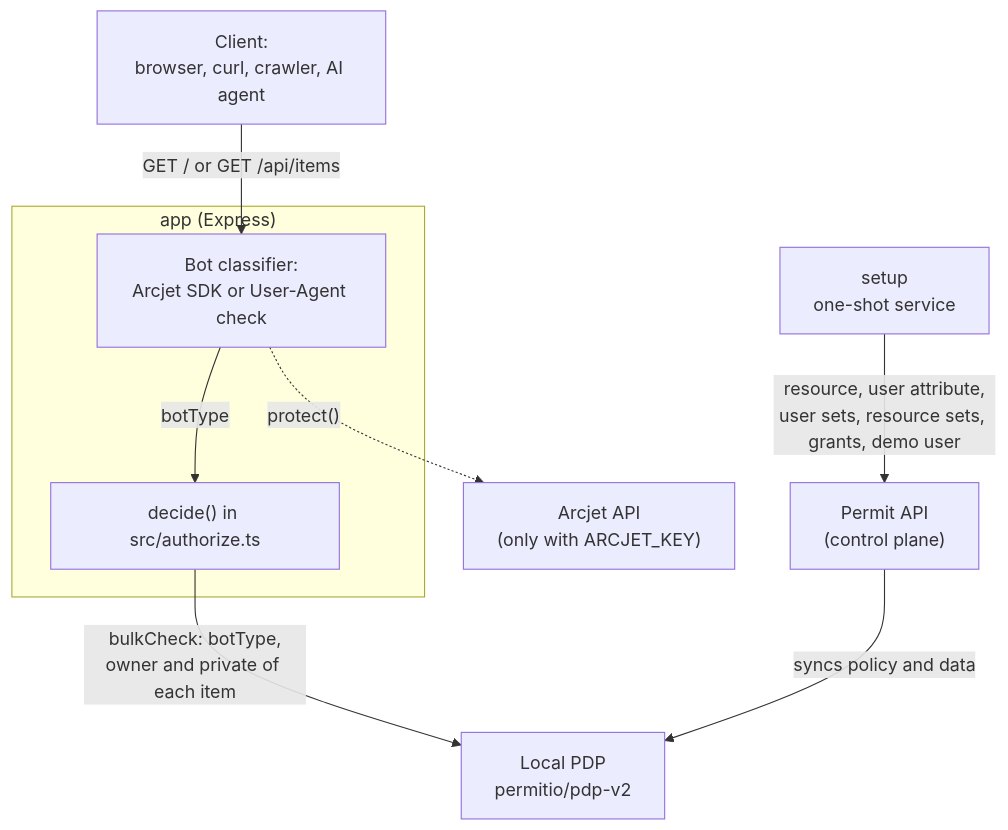
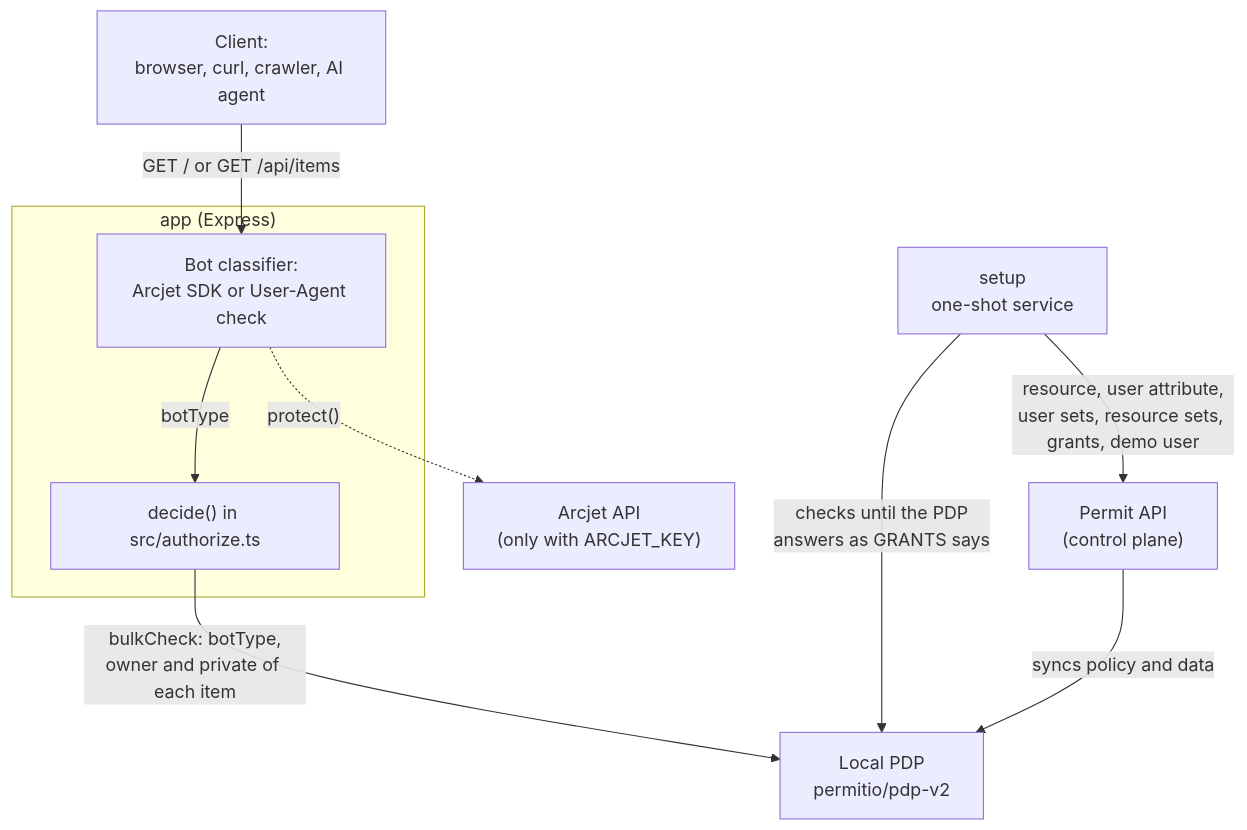
Before and after one commit to permitio/docs: the first of 3 diagrams in docs/modeling/bot-protection.mdx, drawn with Mermaid. The commit also changed other lines of this file and 4 other files, not shown here.

````diff
--- a/docs/modeling/bot-protection.mdx
+++ b/docs/modeling/bot-protection.mdx
@@ -42,18 +42,19 @@
 ```mermaid
 flowchart TD
   Client["Client:<br/>browser, curl, crawler, AI agent"]
   subgraph App["app (Express)"]
     Classifier["Bot classifier:<br/>Arcjet SDK or User-Agent check"]
     Authorize["decide() in src/authorize.ts"]
   end
   Arcjet["Arcjet API<br/>(only with ARCJET_KEY)"]
   PDP["Local PDP<br/>permitio/pdp-v2"]
   API["Permit API<br/>(control plane)"]
   Setup["setup<br/>one-shot service"]
   Client -->|"GET / or GET /api/items"| Classifier
   Classifier -.->|"protect()"| Arcjet
   Classifier -->|"botType"| Authorize
   Authorize -->|"bulkCheck: botType,<br/>owner and private of each item"| PDP
   Setup -->|"resource, user attribute,<br/>user sets, resource sets, grants, demo user"| API
+  Setup -->|"checks until the PDP<br/>answers as GRANTS says"| PDP
   API -->|"syncs policy and data"| PDP
 ```
````
